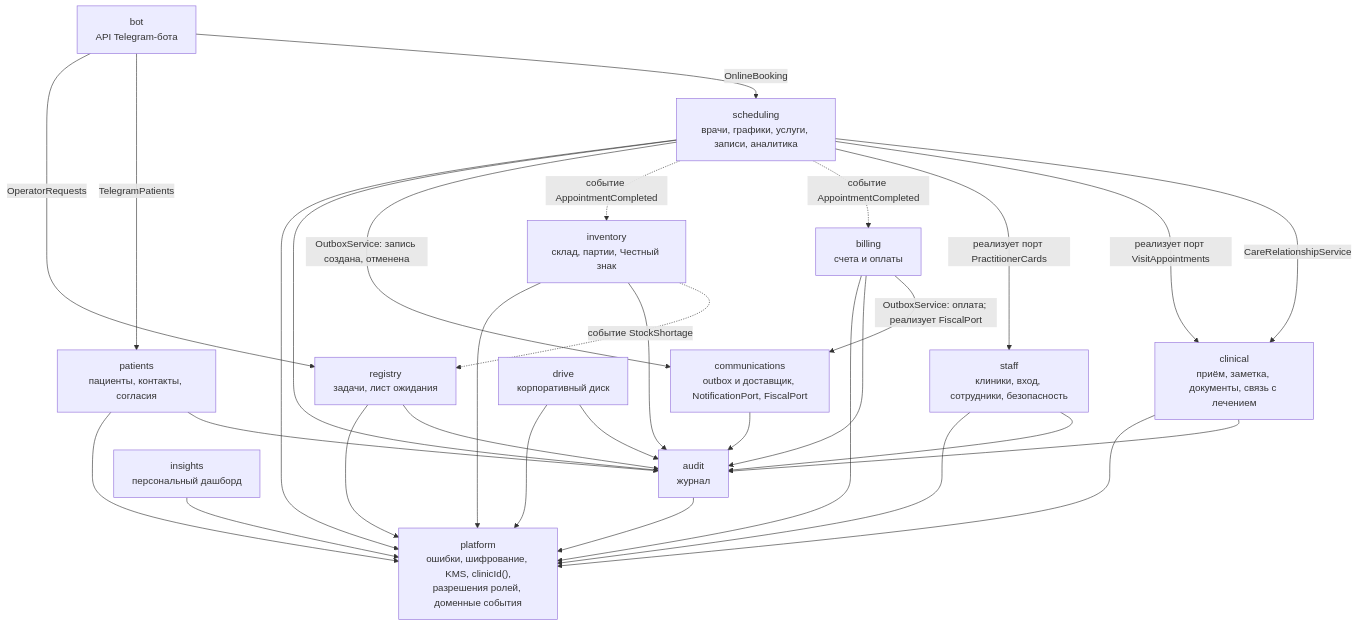
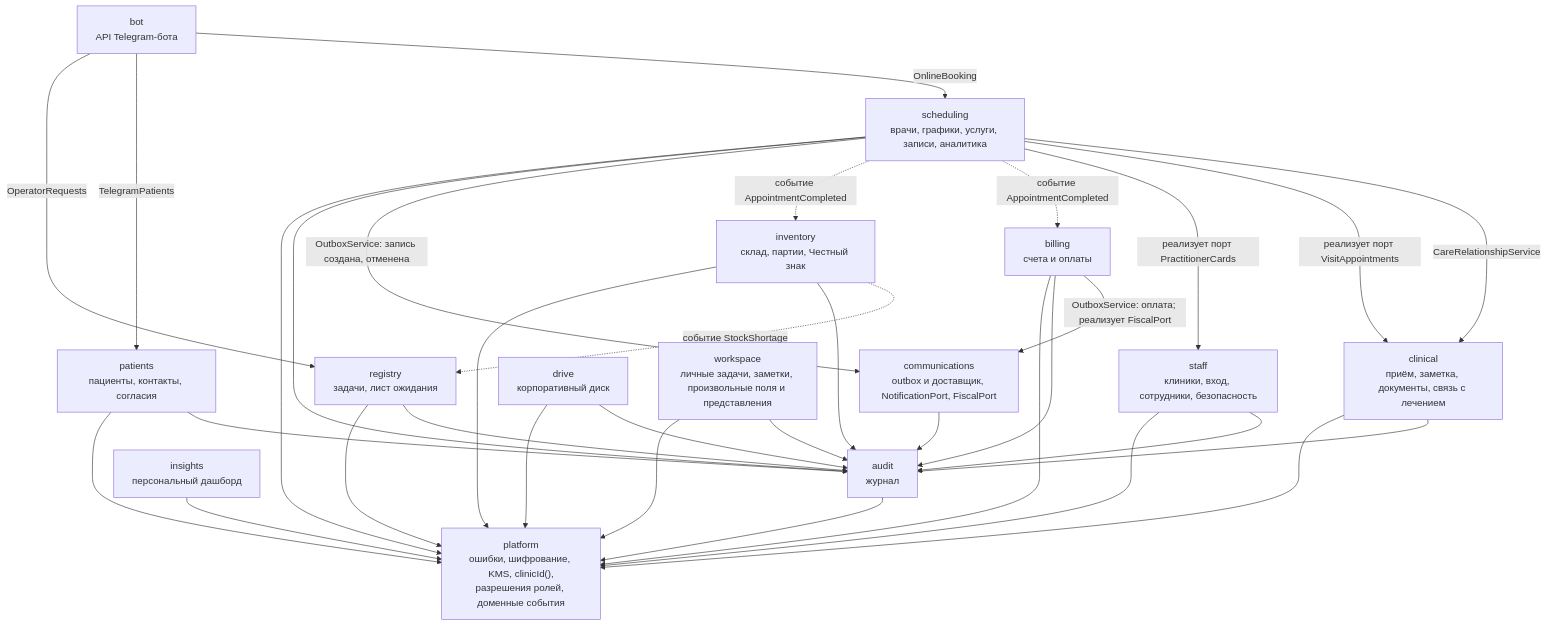
The second of 5 diagrams in docs/architecture.md (IlyaSimis/AlphaCRM), drawn with Mermaid before and after one commit. The commit also changed other lines of this file and 86 other files, not shown here.

Commit message:
Changing architecture. added new disc, storage, dashboards

````diff
--- a/docs/architecture.md
+++ b/docs/architecture.md
@@ -65,31 +65,32 @@
 ```mermaid
 flowchart TB
     scheduling["scheduling<br/>врачи, графики, услуги, записи, аналитика"]
     clinical["clinical<br/>приём, заметка, документы, связь с лечением"]
     billing["billing<br/>счета и оплаты"]
     registry["registry<br/>задачи, лист ожидания"]
     patients["patients<br/>пациенты, контакты, согласия"]
     staff["staff<br/>клиники, вход, сотрудники, безопасность"]
     communications["communications<br/>outbox и доставщик, NotificationPort, FiscalPort"]
     audit["audit<br/>журнал"]
     inventory["inventory<br/>склад, партии, Честный знак"]
     drive["drive<br/>корпоративный диск"]
     insights["insights<br/>персональный дашборд"]
+    workspace["workspace<br/>личные задачи, заметки, произвольные поля и представления"]
     platform["platform<br/>ошибки, шифрование, KMS, clinicId(),<br/>разрешения ролей, доменные события"]
 
     scheduling -->|"CareRelationshipService"| clinical
     scheduling -->|"реализует порт VisitAppointments"| clinical
     scheduling -->|"реализует порт PractitionerCards"| staff
     scheduling -.->|"событие AppointmentCompleted"| billing
     scheduling -.->|"событие AppointmentCompleted"| inventory
     inventory -.->|"событие StockShortage"| registry
     scheduling -->|"OutboxService: запись создана, отменена"| communications
     billing -->|"OutboxService: оплата; реализует FiscalPort"| communications
     communications --> audit
     bot["bot<br/>API Telegram-бота"]
     bot -->|"OnlineBooking"| scheduling
     bot -->|"TelegramPatients"| patients
     bot -->|"OperatorRequests"| registry
-    scheduling & clinical & billing & registry & patients & staff & inventory & drive --> audit
-    scheduling & clinical & billing & registry & patients & staff & audit & inventory & drive & insights --> platform
+    scheduling & clinical & billing & registry & patients & staff & inventory & drive & workspace --> audit
+    scheduling & clinical & billing & registry & patients & staff & audit & inventory & drive & insights & workspace --> platform
 ```
````
